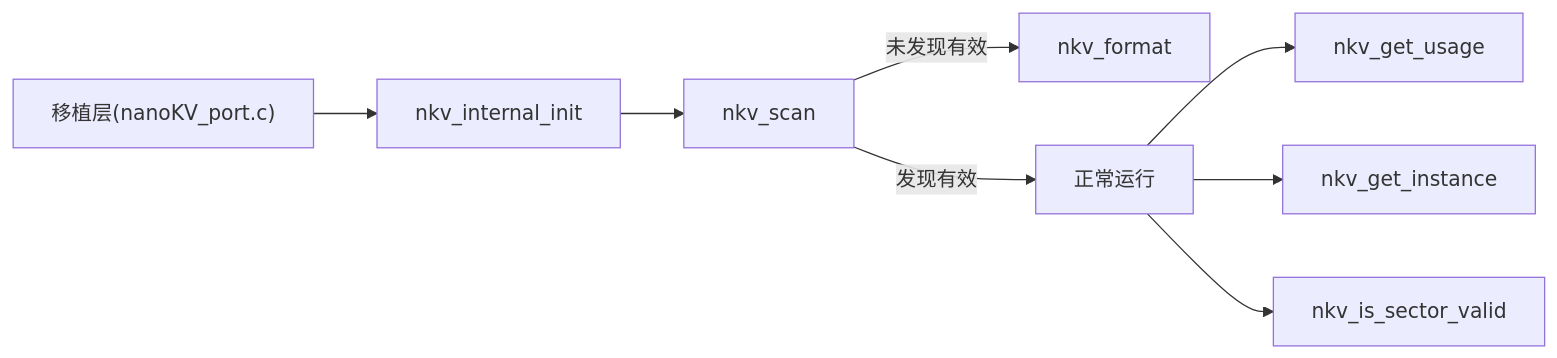
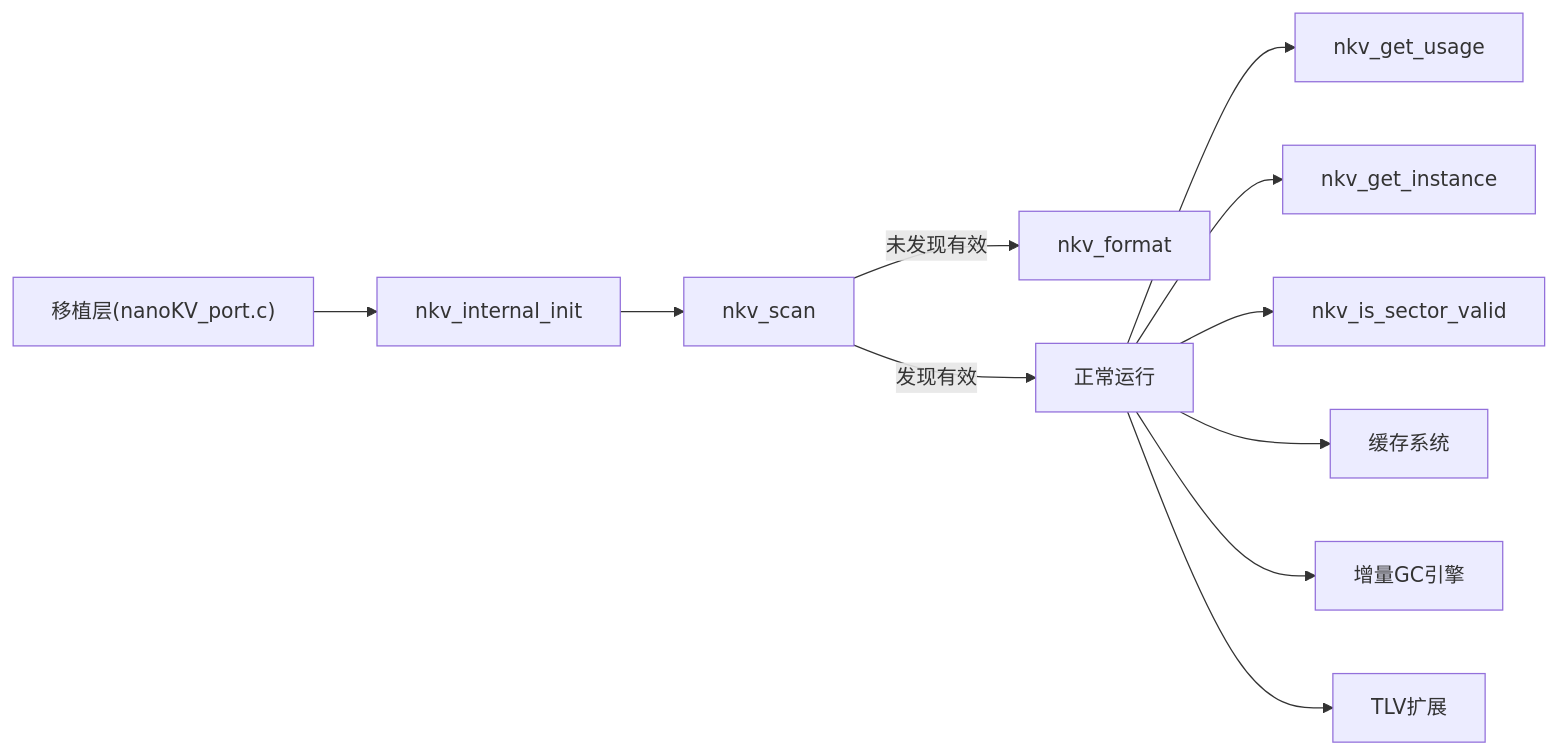
The third of 3 diagrams in .qoder/repowiki/zh/content/API参考手册/初始化与维护API.md (causebefore/microkv-module), drawn with Mermaid before and after one commit. The commit also changed other lines of this file and 10 other files, not shown here.

````diff
--- a/.qoder/repowiki/zh/content/API参考手册/初始化与维护API.md
+++ b/.qoder/repowiki/zh/content/API参考手册/初始化与维护API.md
@@ -225,10 +347,13 @@
 ```mermaid
 graph LR
 Port["移植层(nanoKV_port.c)"] --> Init["nkv_internal_init"]
 Init --> Scan["nkv_scan"]
 Scan --> |未发现有效| Format["nkv_format"]
 Scan --> |发现有效| Run["正常运行"]
 Run --> Usage["nkv_get_usage"]
 Run --> Instance["nkv_get_instance"]
 Run --> Sector["nkv_is_sector_valid"]
+Run --> Cache["缓存系统"]
+Run --> GC["增量GC引擎"]
+Run --> TLV["TLV扩展"]
 ```
````
